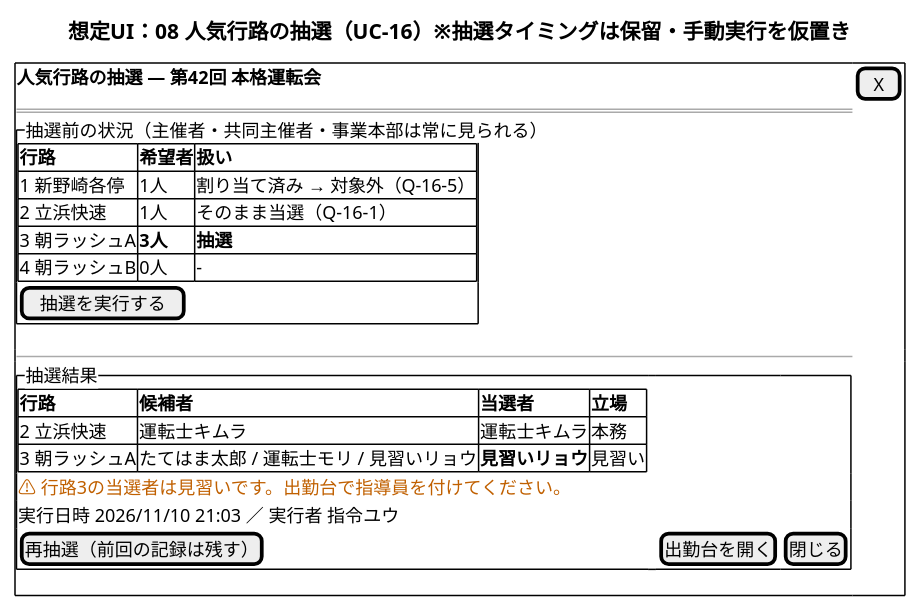
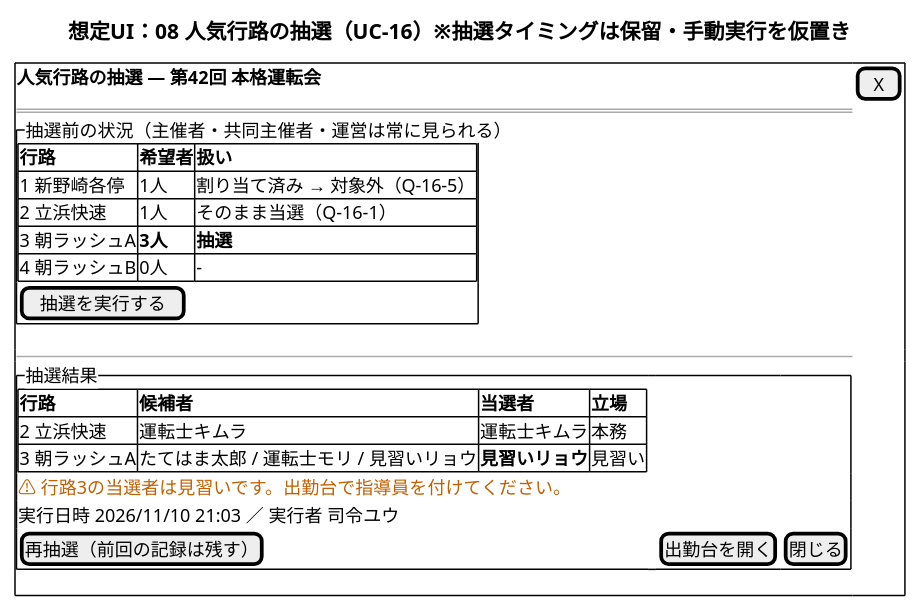
One commit to daidoji-traincrew-office/Tatehama_shukkindai changed the diagram in Docs/diagrams/ui/08_抽選.puml. Above: the diagram before and after it, drawn with PlantUML. The commit also changed 61 other files, not shown here.

```diff
--- a/Docs/diagrams/ui/08_抽選.puml
+++ b/Docs/diagrams/ui/08_抽選.puml
@@ -1,31 +1,31 @@
 @startsalt ui-08
 skinparam defaultFontName "Yu Gothic UI"
 title 想定UI：08 人気行路の抽選（UC-16）※抽選タイミングは保留・手動実行を仮置き
 {
   {+
     <b>人気行路の抽選 ― 第42回 本格運転会                                | [ X ]
     ==
-    {^"抽選前の状況（主催者・共同主催者・事業本部は常に見られる）"
+    {^"抽選前の状況（主催者・共同主催者・運営は常に見られる）"
       {#
         <b>行路 | <b>希望者 | <b>扱い
         1 新野崎各停 | 1人 | 割り当て済み → 対象外（Q-16-5）
         2 立浜快速 | 1人 | そのまま当選（Q-16-1）
         3 朝ラッシュA | <b>3人</b> | <b>抽選</b>
         4 朝ラッシュB | 0人 | -
       }
       [   抽選を実行する   ]
     }
     --
     {^"抽選結果"
       {#
         <b>行路 | <b>候補者 | <b>当選者 | <b>立場
         2 立浜快速 | 運転士キムラ | 運転士キムラ | 本務
         3 朝ラッシュA | たてはま太郎 / 運転士モリ / 見習いリョウ | <b>見習いリョウ</b> | 見習い
       }
       <color:#C06000>⚠ 行路3の当選者は見習いです。出勤台で指導員を付けてください。</color>
-      実行日時 2026/11/10 21:03 ／ 実行者 指令ユウ
+      実行日時 2026/11/10 21:03 ／ 実行者 司令ユウ
       [再抽選（前回の記録は残す）] | . | [出勤台を開く] | [閉じる]
     }
   }
 }
 @endsalt
```
